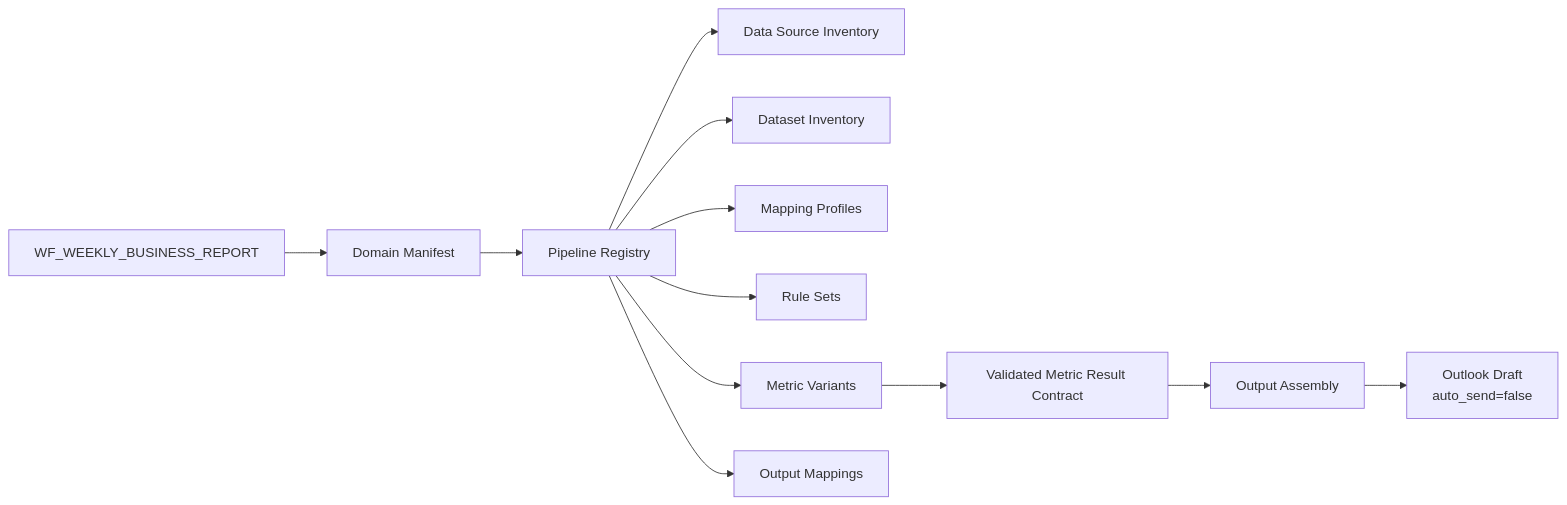
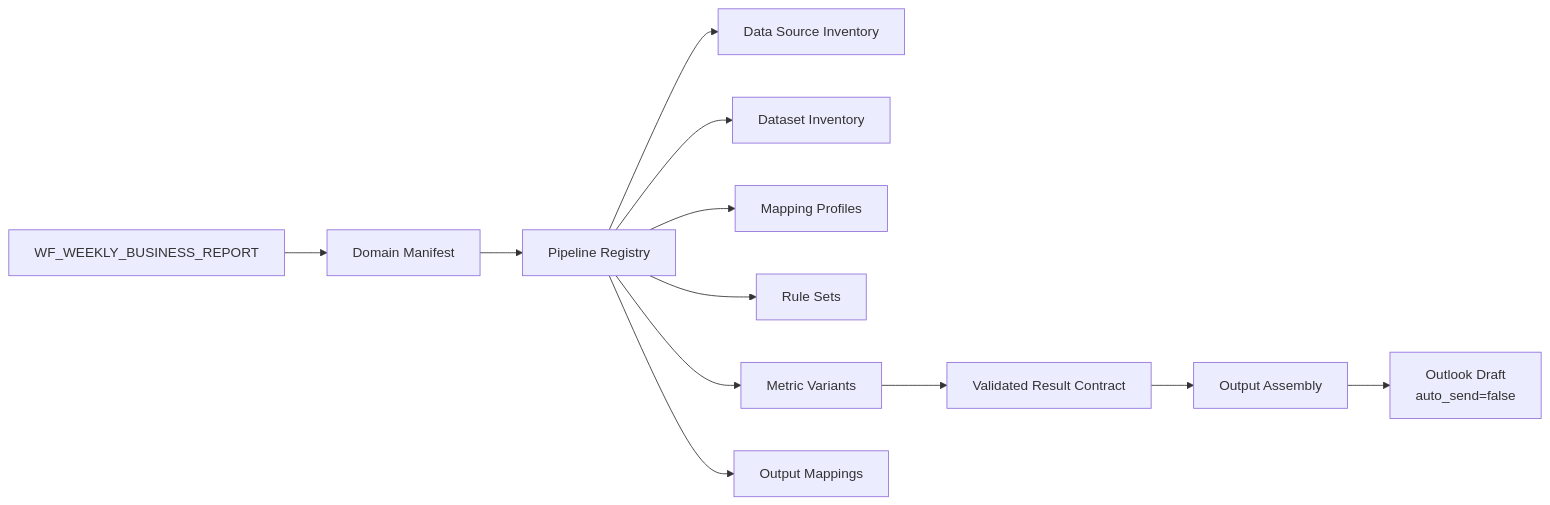
The first of 2 diagrams in phase1_5/workflows/weekly_business_report/WORKFLOW_v2.md (Lyutt/personal-business-analytics-copilot), drawn with Mermaid before and after one commit. The commit also changed other lines of this file and 43 other files, not shown here.

````diff
--- a/phase1_5/workflows/weekly_business_report/WORKFLOW_v2.md
+++ b/phase1_5/workflows/weekly_business_report/WORKFLOW_v2.md
@@ -61,14 +61,14 @@
 ```mermaid
 flowchart LR
     W["WF_WEEKLY_BUSINESS_REPORT"] --> D["Domain Manifest"]
     D --> P["Pipeline Registry"]
     P --> S["Data Source Inventory"]
     P --> DS["Dataset Inventory"]
     P --> MP["Mapping Profiles"]
     P --> RS["Rule Sets"]
     P --> MV["Metric Variants"]
     P --> OM["Output Mappings"]
-    MV --> MR["Validated Metric Result Contract"]
+    MV --> MR["Validated Result Contract"]
     MR --> OA["Output Assembly"]
     OA --> OD["Outlook Draft<br/>auto_send=false"]
 ```
````
